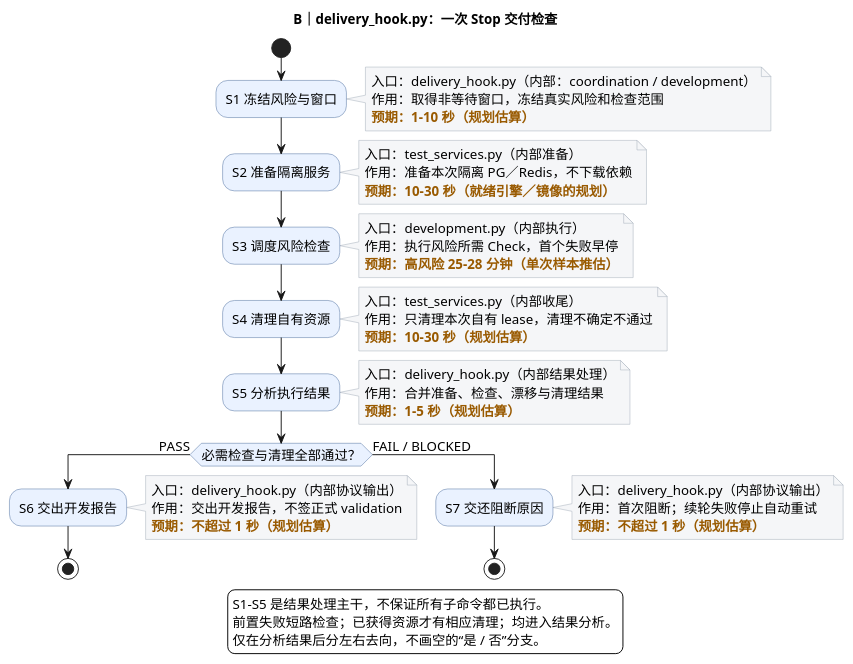
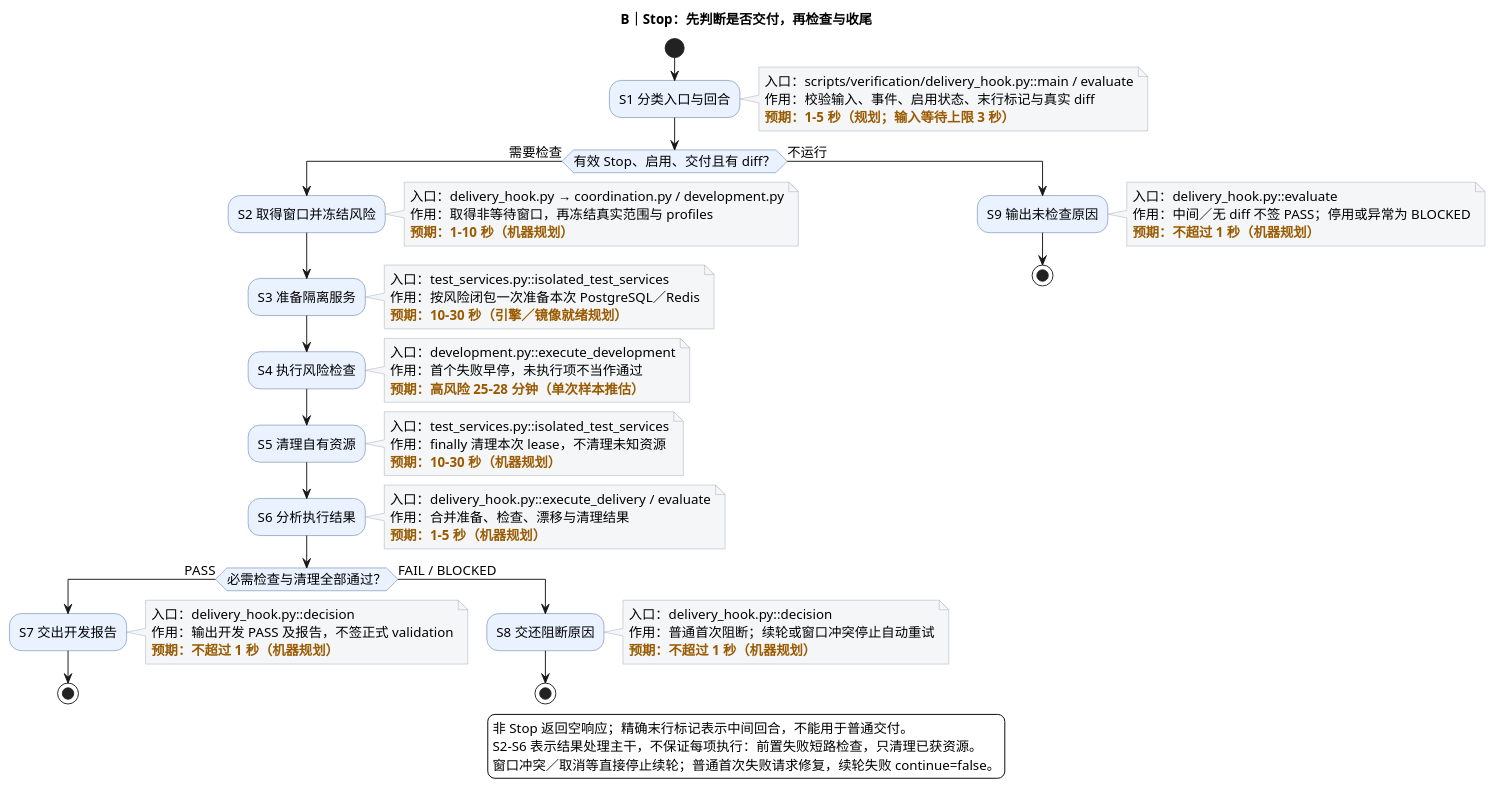
One commit to iampkuhz/lexiflow changed the third of 4 diagrams in docs/development/scenarios/run-repository-gates.md. Above: the diagram before and after it, drawn with PlantUML. The commit also changed other lines of this file and 13 other files, not shown here.

First line of the commit message:
docs: consolidate contracts and complete gate flow diagrams

````diff
--- a/docs/development/scenarios/run-repository-gates.md
+++ b/docs/development/scenarios/run-repository-gates.md
@@ -134,59 +198,75 @@
 skinparam activityBorderColor #46699A
 skinparam noteBackgroundColor #F5F6F8
 skinparam noteBorderColor #A0AAB8
-title B｜delivery_hook.py：一次 Stop 交付检查
+title B｜Stop：先判断是否交付，再检查与收尾
 start
-:S1 冻结风险与窗口;
+:S1 分类入口与回合;
 note right
-入口：delivery_hook.py（内部：coordination / development）
-作用：取得非等待窗口，冻结真实风险和检查范围
-<color:#995A00><b>预期：1–10 秒（规划估算）</b></color>
+入口：scripts/verification/delivery_hook.py::main / evaluate
+作用：校验输入、事件、启用状态、末行标记与真实 diff
+<color:#995A00><b>预期：1–5 秒（规划；输入等待上限 3 秒）</b></color>
 end note
-:S2 准备隔离服务;
+if (有效 Stop、启用、交付且有 diff？) then (需要检查)
+:S2 取得窗口并冻结风险;
 note right
-入口：test_services.py（内部准备）
-作用：准备本次隔离 PG／Redis，不下载依赖
-<color:#995A00><b>预期：10–30 秒（就绪引擎／镜像的规划）</b></color>
+入口：delivery_hook.py → coordination.py / development.py
+作用：取得非等待窗口，再冻结真实范围与 profiles
+<color:#995A00><b>预期：1–10 秒（机器规划）</b></color>
 end note
-:S3 调度风险检查;
+:S3 准备隔离服务;
 note right
-入口：development.py（内部执行）
-作用：执行风险所需 Check，首个失败早停
+入口：test_services.py::isolated_test_services
+作用：按风险闭包一次准备本次 PostgreSQL／Redis
+<color:#995A00><b>预期：10–30 秒（引擎／镜像就绪规划）</b></color>
+end note
+:S4 执行风险检查;
+note right
+入口：development.py::execute_development
+作用：首个失败早停，未执行项不当作通过
 <color:#995A00><b>预期：高风险 25–28 分钟（单次样本推估）</b></color>
 end note
-:S4 清理自有资源;
+:S5 清理自有资源;
 note right
-入口：test_services.py（内部收尾）
-作用：只清理本次自有 lease，清理不确定不通过
-<color:#995A00><b>预期：10–30 秒（规划估算）</b></color>
+入口：test_services.py::isolated_test_services
+作用：finally 清理本次 lease，不清理未知资源
+<color:#995A00><b>预期：10–30 秒（机器规划）</b></color>
 end note
-:S5 分析执行结果;
+:S6 分析执行结果;
 note right
-入口：delivery_hook.py（内部结果处理）
+入口：delivery_hook.py::execute_delivery / evaluate
 作用：合并准备、检查、漂移与清理结果
-<color:#995A00><b>预期：1–5 秒（规划估算）</b></color>
+<color:#995A00><b>预期：1–5 秒（机器规划）</b></color>
 end note
 if (必需检查与清理全部通过？) then (PASS)
-:S6 交出开发报告;
+:S7 交出开发报告;
 note right
-入口：delivery_hook.py（内部协议输出）
-作用：交出开发报告，不签正式 validation
-<color:#995A00><b>预期：不超过 1 秒（规划估算）</b></color>
+入口：delivery_hook.py::decision
+作用：输出开发 PASS 及报告，不签正式 validation
+<color:#995A00><b>预期：不超过 1 秒（机器规划）</b></color>
 end note
 stop
 else (FAIL / BLOCKED)
-:S7 交还阻断原因;
+:S8 交还阻断原因;
 note right
-入口：delivery_hook.py（内部协议输出）
-作用：首次阻断；续轮失败停止自动重试
-<color:#995A00><b>预期：不超过 1 秒（规划估算）</b></color>
+入口：delivery_hook.py::decision
+作用：普通首次阻断；续轮或窗口冲突停止自动重试
+<color:#995A00><b>预期：不超过 1 秒（机器规划）</b></color>
+end note
+stop
+endif
+else (不运行)
+:S9 输出未检查原因;
+note right
+入口：delivery_hook.py::evaluate
+作用：中间／无 diff 不签 PASS；停用或异常为 BLOCKED
+<color:#995A00><b>预期：不超过 1 秒（机器规划）</b></color>
 end note
 stop
 endif
 legend bottom
-S1–S5 是结果处理主干，不保证所有子命令都已执行。
-前置失败短路检查；已获得资源才有相应清理；均进入结果分析。
-仅在分析结果后分左右去向，不画空的“是 / 否”分支。
+非 Stop 返回空响应；精确末行标记表示中间回合，不能用于普通交付。
+S2–S6 表示结果处理主干，不保证每项执行：前置失败短路检查，只清理已获资源。
+窗口冲突／取消等直接停止续轮；普通首次失败请求修复，续轮失败 continue=false。
 endlegend
 @enduml
 ```
````
